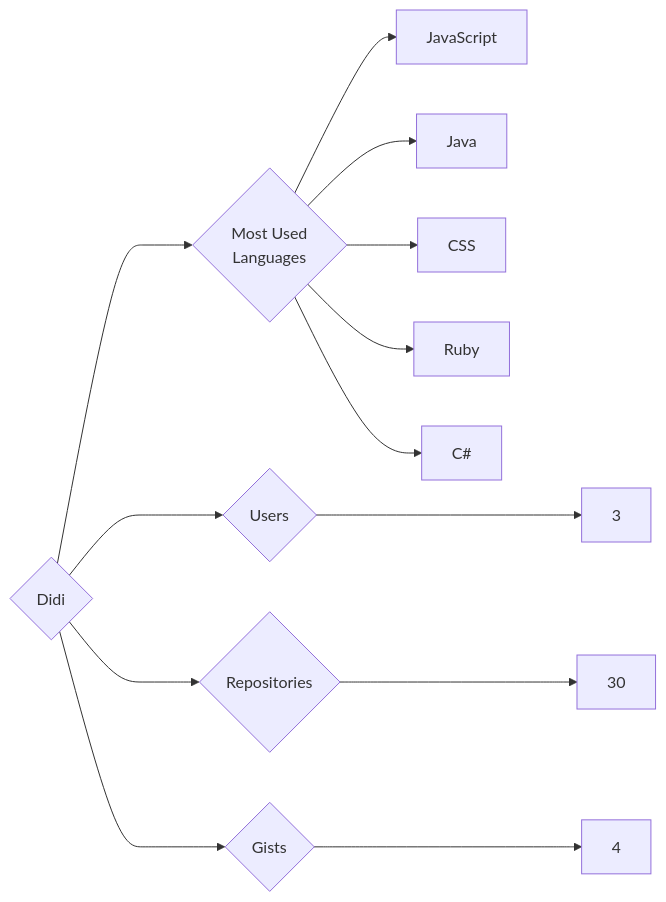
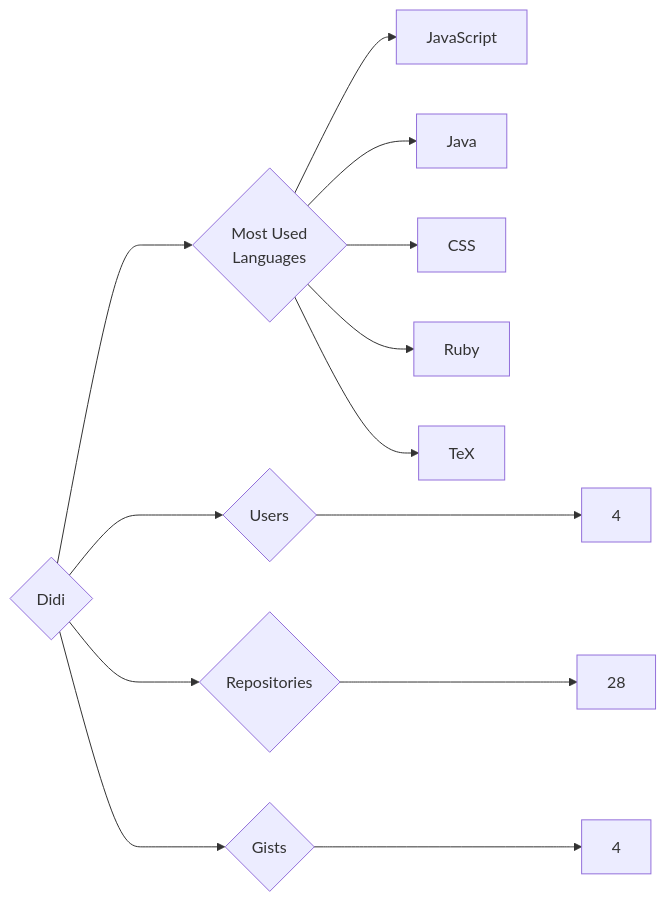
Before and after one commit to trickest/insiders: the diagram in targets/Didi/README.md, drawn with Mermaid. The commit also changed 1120 other files, not shown here.

````diff
--- a/targets/Didi/README.md
+++ b/targets/Didi/README.md
@@ -3,13 +3,13 @@
 ```mermaid
 graph LR
 COMPANY_NAME{Didi}
-COMPANY_NAME ---> U{Users} ---> UN[3]
-COMPANY_NAME ---> R{Repositories} ---> RN[30]
+COMPANY_NAME ---> U{Users} ---> UN[4]
+COMPANY_NAME ---> R{Repositories} ---> RN[28]
 COMPANY_NAME ---> G{Gists} ---> GN[4]
 COMPANY_NAME ---> ML{Most Used<br>Languages}
 ML --> JavaScript[JavaScript]
 ML --> Java[Java]
 ML --> CSS[CSS]
 ML --> Ruby[Ruby]
-ML --> C#[C#]
+ML --> TeX[TeX]
 ```
````
